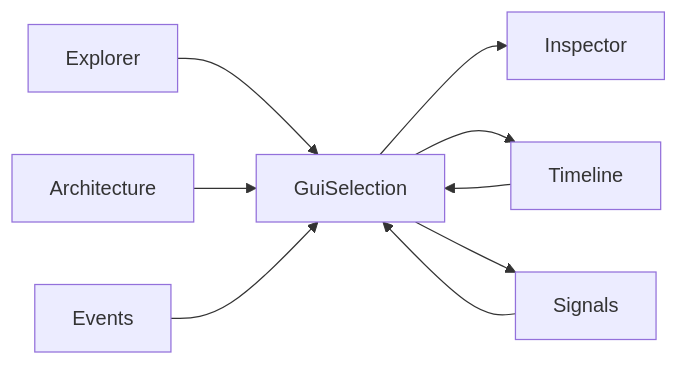
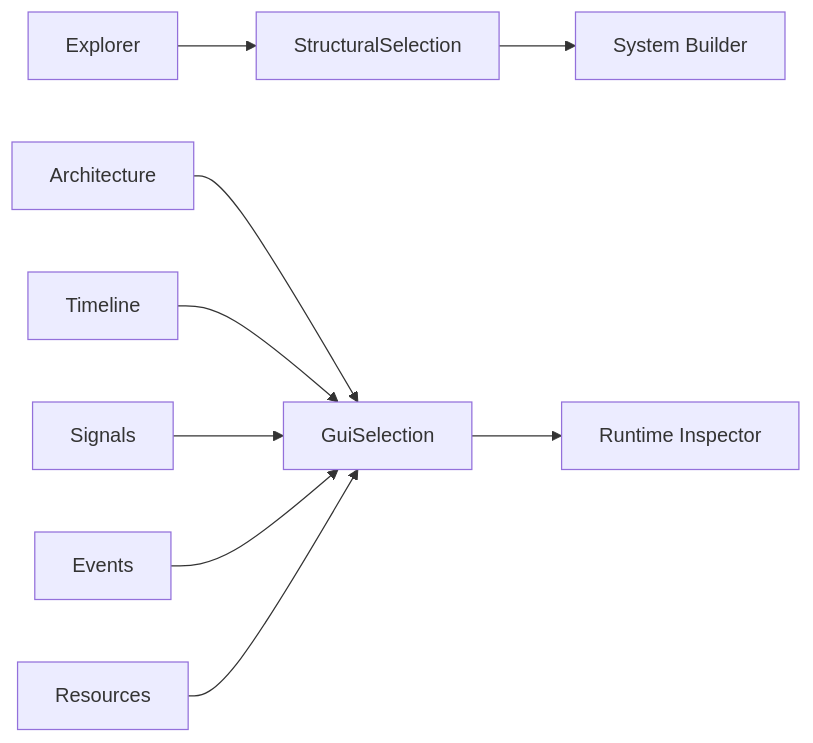
One commit to gaochuanchao/CPSSim changed the fourth of 4 diagrams in docs/gui/GUI_ARCHITECTURE.md. Above: the diagram before and after it, drawn with Mermaid. The commit also changed other lines of this file and 12 other files, not shown here.

Commit message:
Document and verify Explorer-driven system builder

````diff
--- a/docs/gui/GUI_ARCHITECTURE.md
+++ b/docs/gui/GUI_ARCHITECTURE.md
@@ -264,11 +275,11 @@
 ```mermaid
 flowchart LR
-    Explorer --> Selection[GuiSelection]
-    Architecture --> Selection
-    Timeline --> Selection
-    Signals --> Selection
-    Events --> Selection
-    Selection --> Inspector
-    Selection --> Timeline
-    Selection --> Signals
+    Explorer --> Structural[StructuralSelection]
+    Structural --> Builder[System Builder]
+    Architecture --> Runtime[GuiSelection]
+    Timeline --> Runtime
+    Signals --> Runtime
+    Events --> Runtime
+    Resources --> Runtime
+    Runtime --> Inspector[Runtime Inspector]
 ```
````
